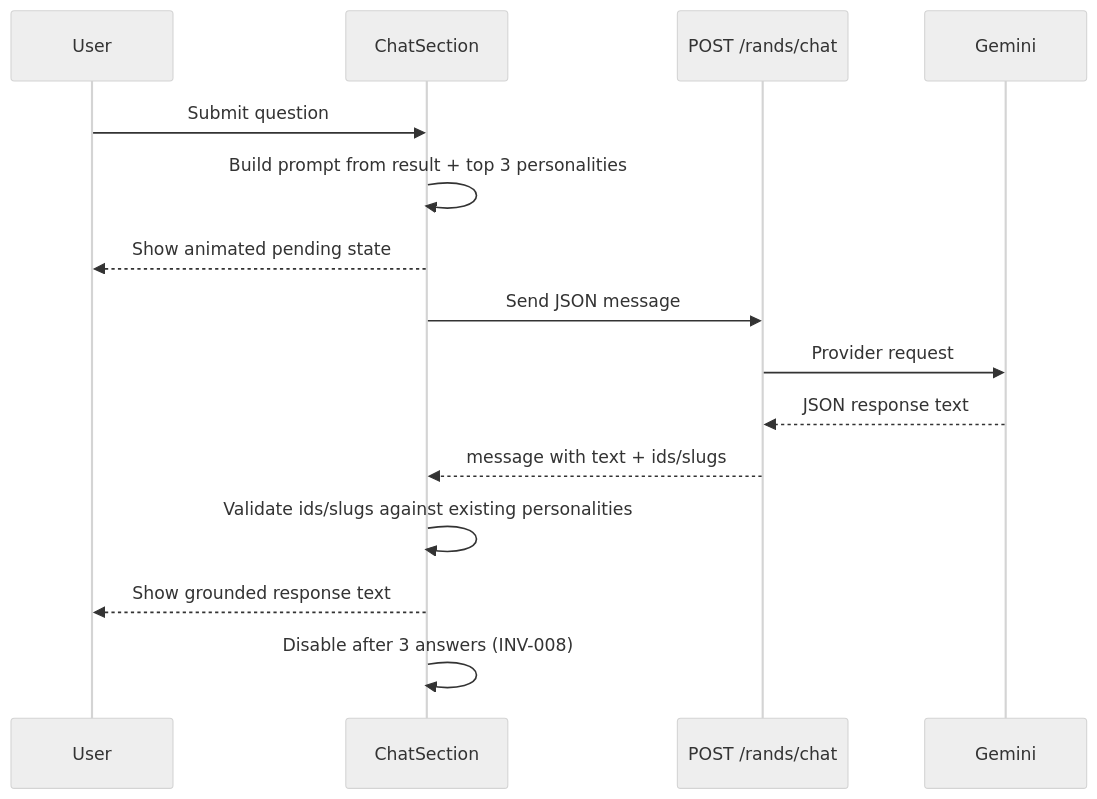
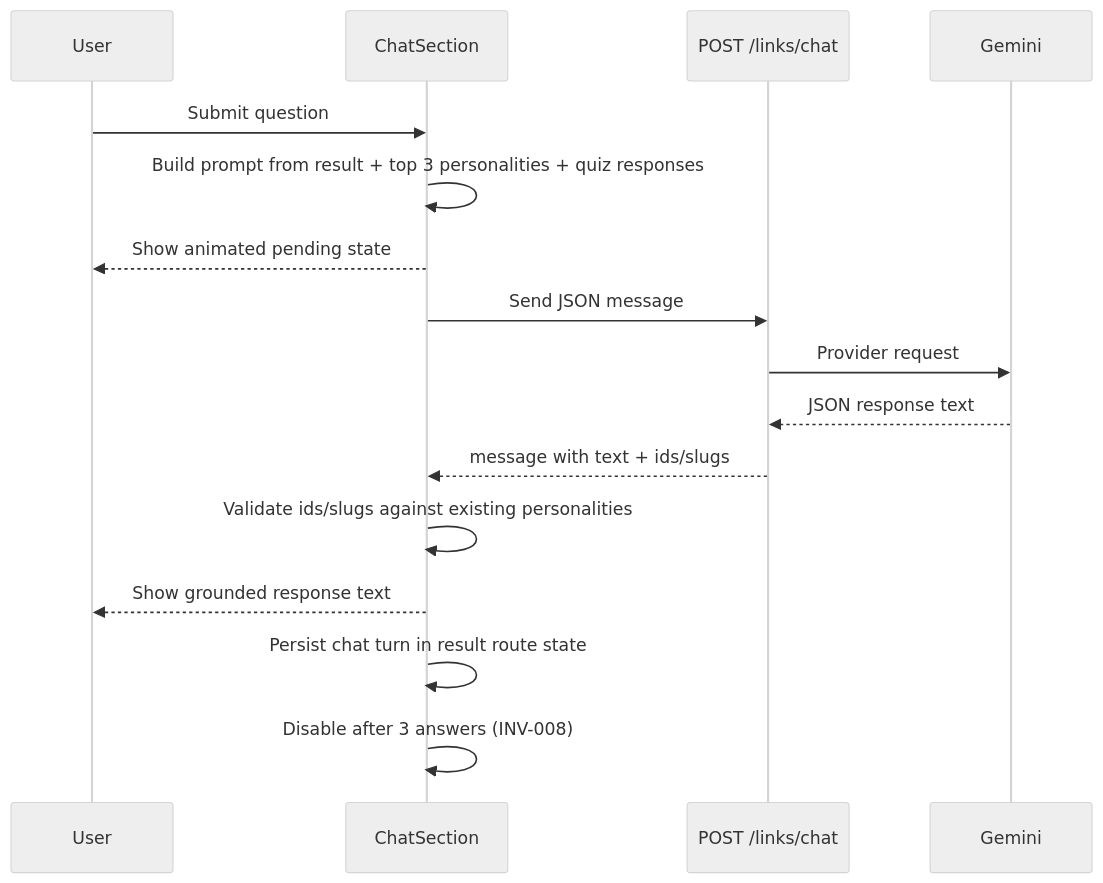
Before and after one commit to johnpfeiffer/rands-personality-game: the third of 3 diagrams in architecture.md, drawn with Mermaid (neutral theme). The commit also changed other lines of this file and 12 other files, not shown here.

Commit message:
improved chat to incorporate the series of questions and User answers in a response - and persist response until reset

````diff
--- a/architecture.md
+++ b/architecture.md
@@ -67,18 +67,19 @@
 ```mermaid
 sequenceDiagram
   participant User
   participant ChatSection
-  participant Worker as POST /rands/chat
+  participant Worker as POST /links/chat
   participant Gemini
 
   User->>ChatSection: Submit question
-  ChatSection->>ChatSection: Build prompt from result + top 3 personalities
+  ChatSection->>ChatSection: Build prompt from result + top 3 personalities + quiz responses
   ChatSection-->>User: Show animated pending state
   ChatSection->>Worker: Send JSON message
   Worker->>Gemini: Provider request
   Gemini-->>Worker: JSON response text
   Worker-->>ChatSection: message with text + ids/slugs
   ChatSection->>ChatSection: Validate ids/slugs against existing personalities
   ChatSection-->>User: Show grounded response text
+  ChatSection->>ChatSection: Persist chat turn in result route state
   ChatSection->>ChatSection: Disable after 3 answers (INV-008)
 ```
````
